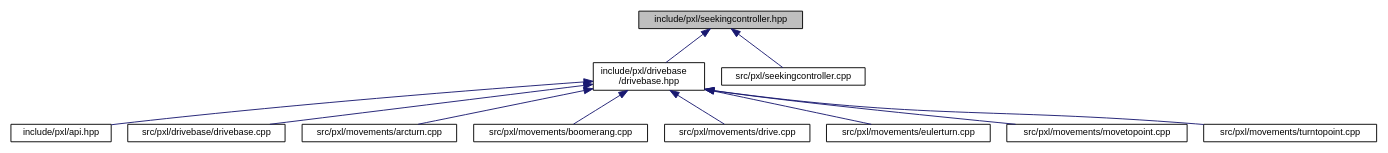
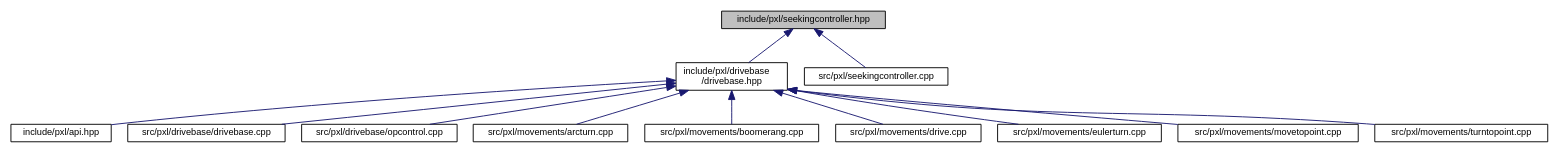
The diagram in seekingcontroller_8hpp__dep__incl.dot (Pixel-Lib/Pixel), drawn with Graphviz before and after one commit. The commit also changed 285 other files, not shown here.

```diff
--- a/seekingcontroller_8hpp__dep__incl.dot
+++ b/seekingcontroller_8hpp__dep__incl.dot
@@ -1,27 +1,29 @@
 digraph "include/pxl/seekingcontroller.hpp"
 {
  // LATEX_PDF_SIZE
   edge [fontname="Helvetica",fontsize="10",labelfontname="Helvetica",labelfontsize="10"];
   node [fontname="Helvetica",fontsize="10",shape=record];
   Node1 [label="include/pxl/seekingcontroller.hpp",height=0.2,width=0.4,color="black", fillcolor="grey75", style="filled", fontcolor="black",tooltip=" "];
   Node1 -> Node2 [dir="back",color="midnightblue",fontsize="10",style="solid",fontname="Helvetica"];
   Node2 [label="include/pxl/drivebase\l/drivebase.hpp",height=0.2,width=0.4,color="black", fillcolor="white", style="filled",URL="$drivebase_8hpp.html",tooltip=" "];
   Node2 -> Node3 [dir="back",color="midnightblue",fontsize="10",style="solid",fontname="Helvetica"];
   Node3 [label="include/pxl/api.hpp",height=0.2,width=0.4,color="black", fillcolor="white", style="filled",URL="$api_8hpp.html",tooltip=" "];
   Node2 -> Node4 [dir="back",color="midnightblue",fontsize="10",style="solid",fontname="Helvetica"];
   Node4 [label="src/pxl/drivebase/drivebase.cpp",height=0.2,width=0.4,color="black", fillcolor="white", style="filled",URL="$drivebase_8cpp.html",tooltip=" "];
   Node2 -> Node5 [dir="back",color="midnightblue",fontsize="10",style="solid",fontname="Helvetica"];
-  Node5 [label="src/pxl/movements/arcturn.cpp",height=0.2,width=0.4,color="black", fillcolor="white", style="filled",URL="$arcturn_8cpp.html",tooltip=" "];
+  Node5 [label="src/pxl/drivebase/opcontrol.cpp",height=0.2,width=0.4,color="black", fillcolor="white", style="filled",URL="$opcontrol_8cpp.html",tooltip=" "];
   Node2 -> Node6 [dir="back",color="midnightblue",fontsize="10",style="solid",fontname="Helvetica"];
-  Node6 [label="src/pxl/movements/boomerang.cpp",height=0.2,width=0.4,color="black", fillcolor="white", style="filled",URL="$boomerang_8cpp.html",tooltip=" "];
+  Node6 [label="src/pxl/movements/arcturn.cpp",height=0.2,width=0.4,color="black", fillcolor="white", style="filled",URL="$arcturn_8cpp.html",tooltip=" "];
   Node2 -> Node7 [dir="back",color="midnightblue",fontsize="10",style="solid",fontname="Helvetica"];
-  Node7 [label="src/pxl/movements/drive.cpp",height=0.2,width=0.4,color="black", fillcolor="white", style="filled",URL="$drive_8cpp.html",tooltip=" "];
+  Node7 [label="src/pxl/movements/boomerang.cpp",height=0.2,width=0.4,color="black", fillcolor="white", style="filled",URL="$boomerang_8cpp.html",tooltip=" "];
   Node2 -> Node8 [dir="back",color="midnightblue",fontsize="10",style="solid",fontname="Helvetica"];
-  Node8 [label="src/pxl/movements/eulerturn.cpp",height=0.2,width=0.4,color="black", fillcolor="white", style="filled",URL="$eulerturn_8cpp.html",tooltip=" "];
+  Node8 [label="src/pxl/movements/drive.cpp",height=0.2,width=0.4,color="black", fillcolor="white", style="filled",URL="$drive_8cpp.html",tooltip=" "];
   Node2 -> Node9 [dir="back",color="midnightblue",fontsize="10",style="solid",fontname="Helvetica"];
-  Node9 [label="src/pxl/movements/movetopoint.cpp",height=0.2,width=0.4,color="black", fillcolor="white", style="filled",URL="$movetopoint_8cpp.html",tooltip=" "];
+  Node9 [label="src/pxl/movements/eulerturn.cpp",height=0.2,width=0.4,color="black", fillcolor="white", style="filled",URL="$eulerturn_8cpp.html",tooltip=" "];
   Node2 -> Node10 [dir="back",color="midnightblue",fontsize="10",style="solid",fontname="Helvetica"];
-  Node10 [label="src/pxl/movements/turntopoint.cpp",height=0.2,width=0.4,color="black", fillcolor="white", style="filled",URL="$turntopoint_8cpp.html",tooltip=" "];
-  Node1 -> Node11 [dir="back",color="midnightblue",fontsize="10",style="solid",fontname="Helvetica"];
-  Node11 [label="src/pxl/seekingcontroller.cpp",height=0.2,width=0.4,color="black", fillcolor="white", style="filled",URL="$seekingcontroller_8cpp.html",tooltip=" "];
+  Node10 [label="src/pxl/movements/movetopoint.cpp",height=0.2,width=0.4,color="black", fillcolor="white", style="filled",URL="$movetopoint_8cpp.html",tooltip=" "];
+  Node2 -> Node11 [dir="back",color="midnightblue",fontsize="10",style="solid",fontname="Helvetica"];
+  Node11 [label="src/pxl/movements/turntopoint.cpp",height=0.2,width=0.4,color="black", fillcolor="white", style="filled",URL="$turntopoint_8cpp.html",tooltip=" "];
+  Node1 -> Node12 [dir="back",color="midnightblue",fontsize="10",style="solid",fontname="Helvetica"];
+  Node12 [label="src/pxl/seekingcontroller.cpp",height=0.2,width=0.4,color="black", fillcolor="white", style="filled",URL="$seekingcontroller_8cpp.html",tooltip=" "];
 }
```
